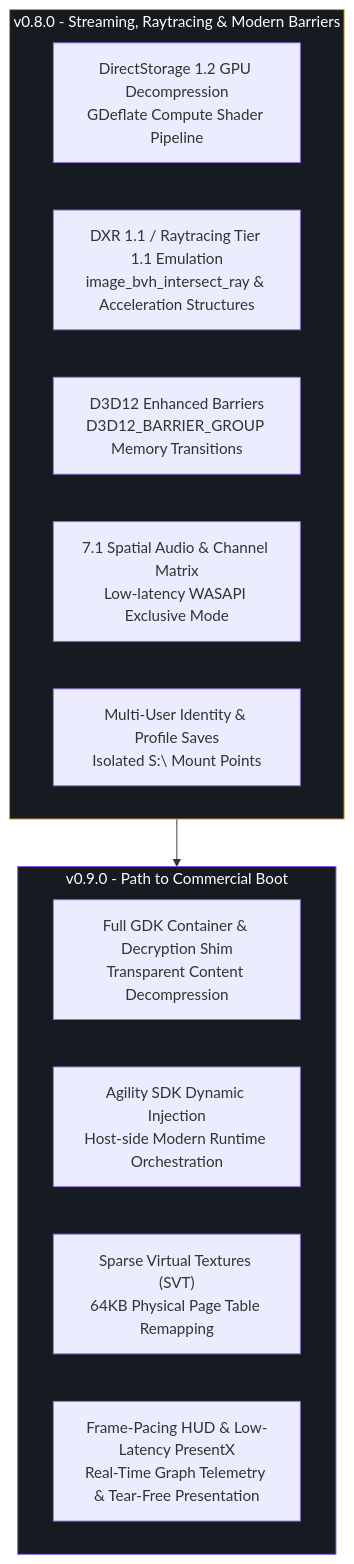
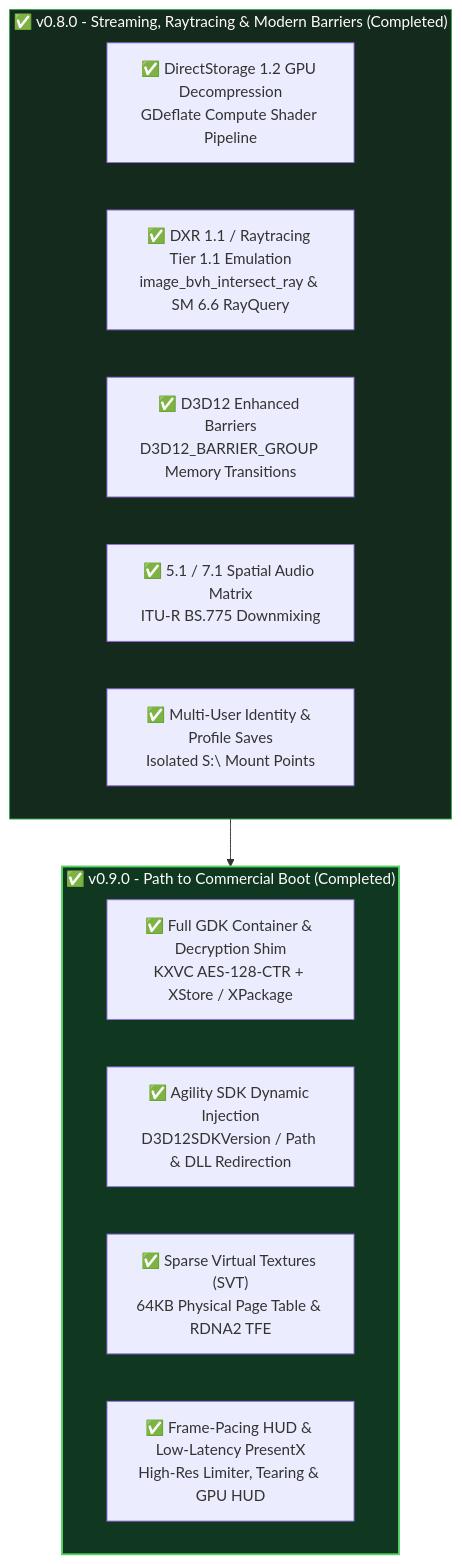
Before and after one commit to Batushn/KestrelX: the fourth of 5 diagrams in README.md, drawn with Mermaid. The commit also changed other lines of this file and 7 other files, not shown here.

Commit message:
feat(presentx): FramePacer, waitable tearing swapchain, low-latency HUD & v0.9.0 README visuals (66/66 PASS)

````diff
--- a/README.md
+++ b/README.md
@@ -160,22 +181,22 @@
 ```mermaid
 flowchart TD
-    subgraph V8["v0.8.0 - Streaming, Raytracing & Modern Barriers"]
-        V8_1["DirectStorage 1.2 GPU Decompression<br/>GDeflate Compute Shader Pipeline"]
-        V8_2["DXR 1.1 / Raytracing Tier 1.1 Emulation<br/>image_bvh_intersect_ray & Acceleration Structures"]
-        V8_3["D3D12 Enhanced Barriers<br/>D3D12_BARRIER_GROUP Memory Transitions"]
-        V8_4["7.1 Spatial Audio & Channel Matrix<br/>Low-latency WASAPI Exclusive Mode"]
-        V8_5["Multi-User Identity & Profile Saves<br/>Isolated S:\ Mount Points"]
+    subgraph V8["✅ v0.8.0 - Streaming, Raytracing & Modern Barriers (Completed)"]
+        V8_1["✅ DirectStorage 1.2 GPU Decompression<br/>GDeflate Compute Shader Pipeline"]
+        V8_2["✅ DXR 1.1 / Raytracing Tier 1.1 Emulation<br/>image_bvh_intersect_ray & SM 6.6 RayQuery"]
+        V8_3["✅ D3D12 Enhanced Barriers<br/>D3D12_BARRIER_GROUP Memory Transitions"]
+        V8_4["✅ 5.1 / 7.1 Spatial Audio Matrix<br/>ITU-R BS.775 Downmixing"]
+        V8_5["✅ Multi-User Identity & Profile Saves<br/>Isolated S:\ Mount Points"]
     end
 
-    subgraph V9["v0.9.0 - Path to Commercial Boot"]
-        V9_1["Full GDK Container & Decryption Shim<br/>Transparent Content Decompression"]
-        V9_2["Agility SDK Dynamic Injection<br/>Host-side Modern Runtime Orchestration"]
-        V9_3["Sparse Virtual Textures (SVT)<br/>64KB Physical Page Table Remapping"]
-        V9_4["Frame-Pacing HUD & Low-Latency PresentX<br/>Real-Time Graph Telemetry & Tear-Free Presentation"]
+    subgraph V9["✅ v0.9.0 - Path to Commercial Boot (Completed)"]
+        V9_1["✅ Full GDK Container & Decryption Shim<br/>KXVC AES-128-CTR + XStore / XPackage"]
+        V9_2["✅ Agility SDK Dynamic Injection<br/>D3D12SDKVersion / Path & DLL Redirection"]
+        V9_3["✅ Sparse Virtual Textures (SVT)<br/>64KB Physical Page Table & RDNA2 TFE"]
+        V9_4["✅ Frame-Pacing HUD & Low-Latency PresentX<br/>High-Res Limiter, Tearing & GPU HUD"]
     end
 
     V8 --> V9
 
-    style V8 fill:#161b22,stroke:#d29922,color:#fff
-    style V9 fill:#161b22,stroke:#8957e5,color:#fff
+    style V8 fill:#132a1d,stroke:#2ea44f,color:#fff
+    style V9 fill:#103820,stroke:#56d364,stroke-width:2px,color:#fff
 ```
````
